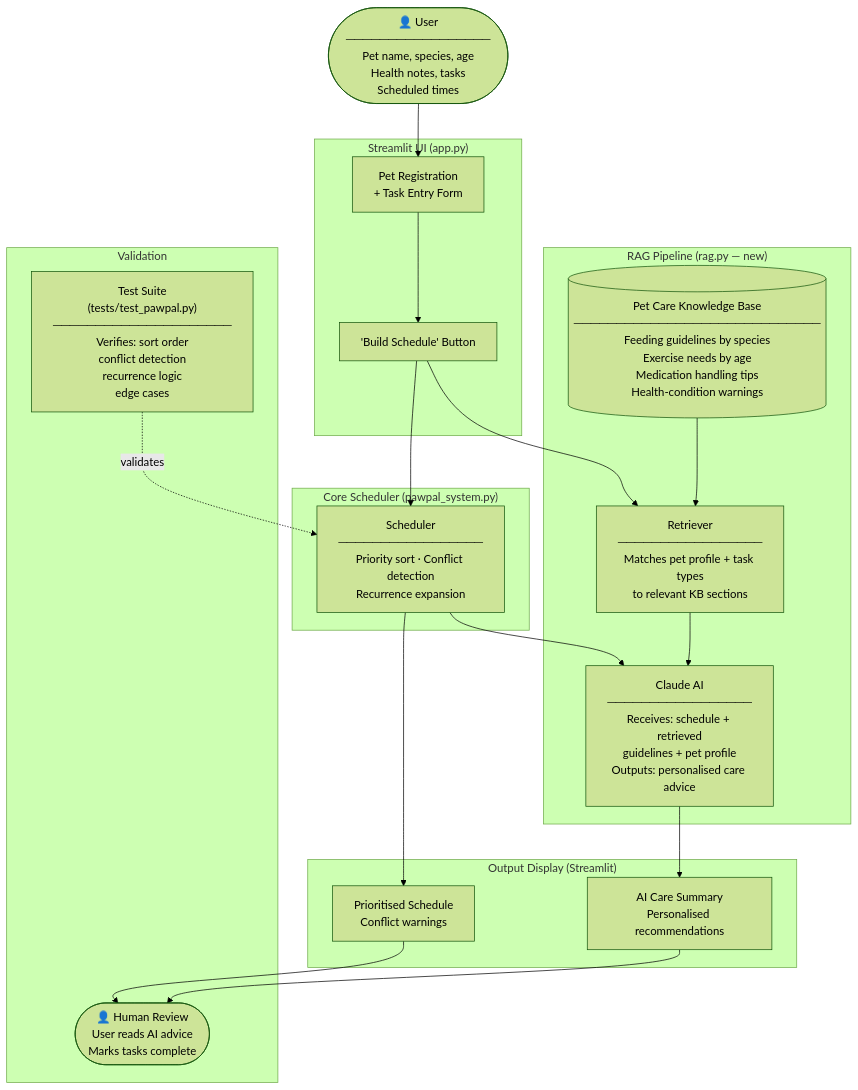
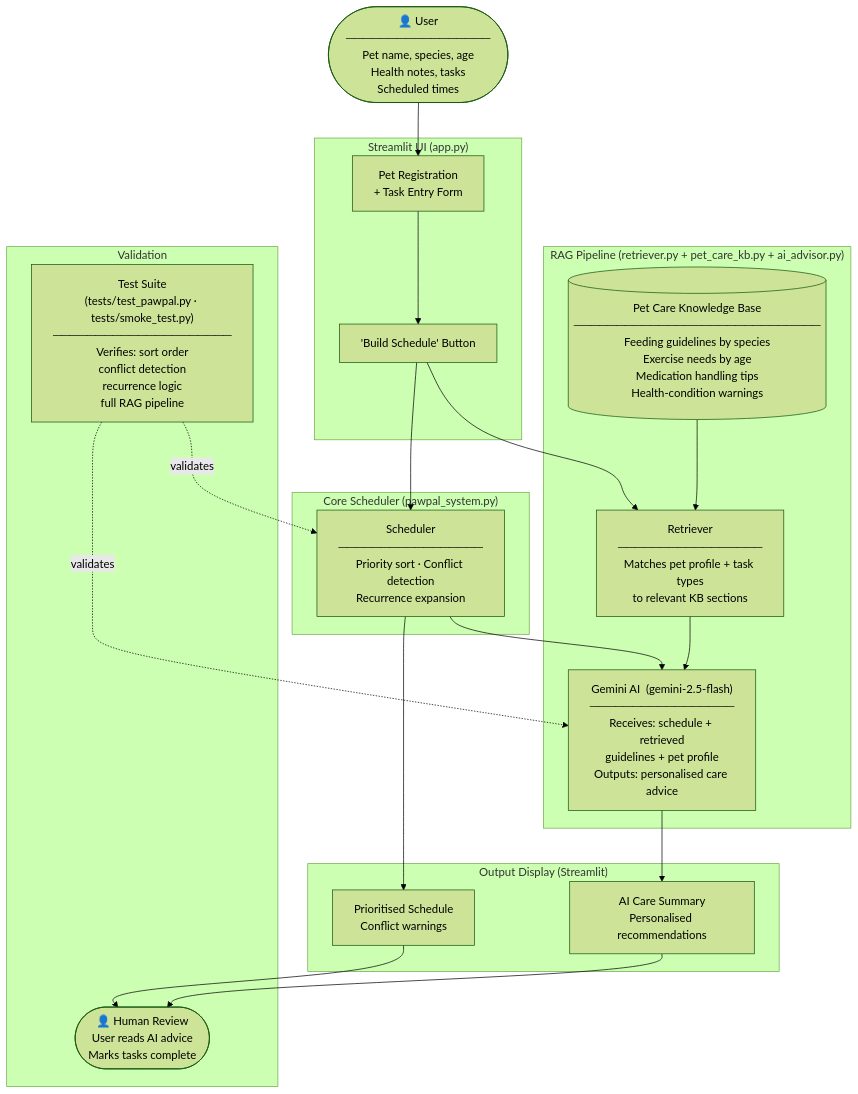
One commit to alphin-08/applied-ai-system-project changed the diagram in assets/architecture.md. Above: the diagram before and after it, drawn with Mermaid (forest theme). The commit also changed other lines of this file and 4 other files, not shown here.

Commit message:
updated both class diagram and flow chart

````diff
--- a/assets/architecture.md
+++ b/assets/architecture.md
@@ -5,49 +5,50 @@
 ```mermaid
 flowchart TD
     %% ── INPUT ───────────────────────────────────────────────────────────────
     USER(["👤 User\n─────────────────\nPet name, species, age\nHealth notes, tasks\nScheduled times"])
 
     %% ── STREAMLIT UI ─────────────────────────────────────────────────────────
     subgraph UI["Streamlit UI  (app.py)"]
         REG["Pet Registration\n+ Task Entry Form"]
         BTN["'Build Schedule' Button"]
     end
 
     %% ── CORE SCHEDULER ───────────────────────────────────────────────────────
     subgraph CORE["Core Scheduler  (pawpal_system.py)"]
         SCHED["Scheduler\n─────────────────\nPriority sort · Conflict detection\nRecurrence expansion"]
     end
 
     %% ── RAG PIPELINE ─────────────────────────────────────────────────────────
-    subgraph RAG["RAG Pipeline  (rag.py  — new)"]
+    subgraph RAG["RAG Pipeline  (retriever.py + pet_care_kb.py + ai_advisor.py)"]
         KB[("Pet Care Knowledge Base\n─────────────────────────────\nFeeding guidelines by species\nExercise needs by age\nMedication handling tips\nHealth-condition warnings")]
         RET["Retriever\n─────────────────\nMatches pet profile + task types\nto relevant KB sections"]
-        LLM["Claude AI\n─────────────────\nReceives: schedule + retrieved\nguidelines + pet profile\nOutputs: personalised care advice"]
+        LLM["Gemini AI  (gemini-2.5-flash)\n─────────────────\nReceives: schedule + retrieved\nguidelines + pet profile\nOutputs: personalised care advice"]
     end
 
     %% ── OUTPUT ───────────────────────────────────────────────────────────────
     subgraph OUT["Output Display  (Streamlit)"]
         PLAN["Prioritised Schedule\nConflict warnings"]
         ADVICE["AI Care Summary\nPersonalised recommendations"]
     end
 
     %% ── VALIDATION ───────────────────────────────────────────────────────────
     subgraph VAL["Validation"]
         HUMAN(["👤 Human Review\nUser reads AI advice\nMarks tasks complete"])
-        TESTS["Test Suite\n(tests/test_pawpal.py)\n─────────────────────\nVerifies: sort order\nconflict detection\nrecurrence logic\nedge cases"]
+        TESTS["Test Suite\n(tests/test_pawpal.py · tests/smoke_test.py)\n─────────────────────\nVerifies: sort order\nconflict detection\nrecurrence logic\nfull RAG pipeline"]
     end
 
     %% ── DATA FLOW ────────────────────────────────────────────────────────────
     USER        --> REG
     REG         --> BTN
     BTN         --> SCHED
     BTN         --> RET
     KB          --> RET
     SCHED       --> PLAN
     SCHED       --> LLM
     RET         --> LLM
     LLM         --> ADVICE
     PLAN        --> HUMAN
     ADVICE      --> HUMAN
     TESTS       -.->|validates| SCHED
+    TESTS       -.->|validates| LLM
 ```
````
